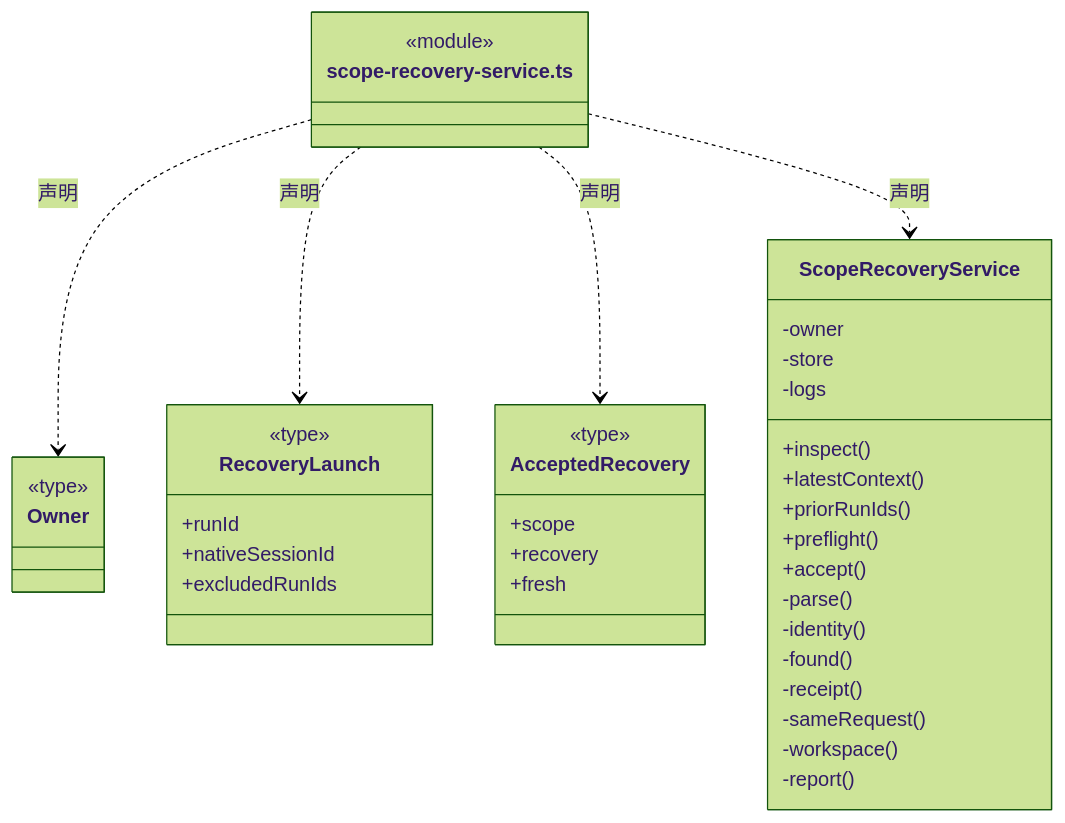
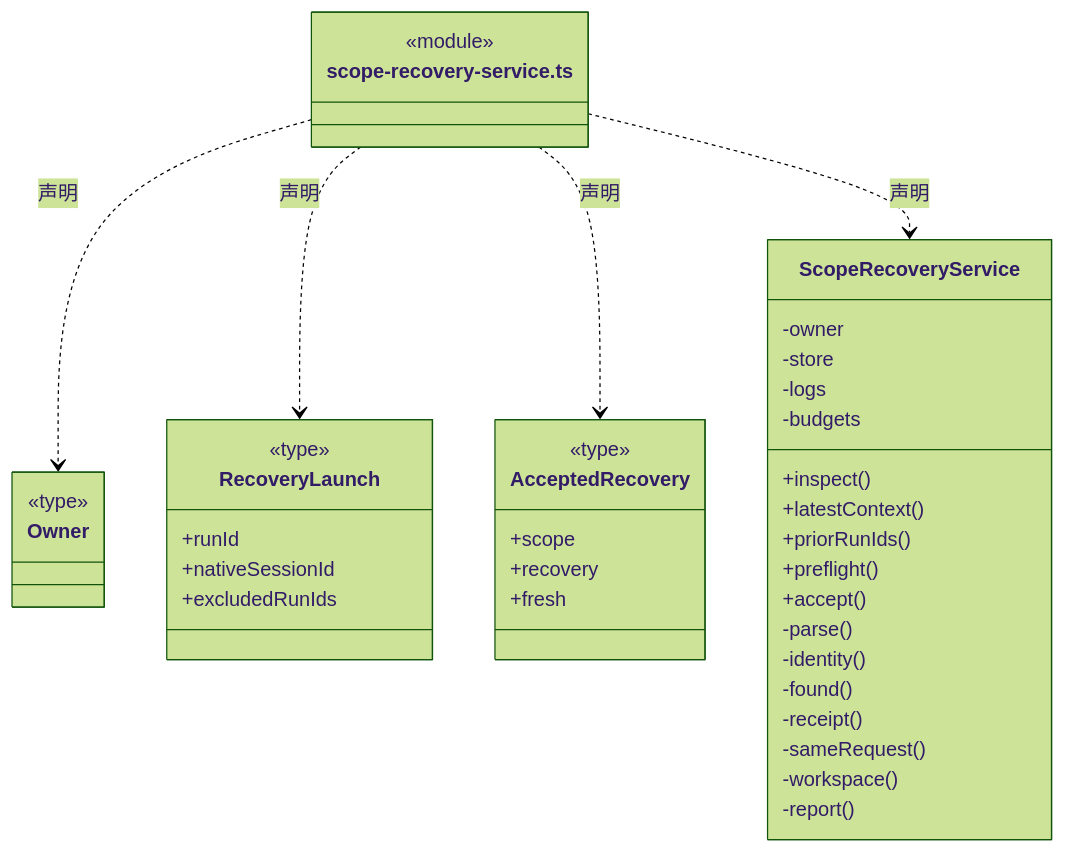
One commit to nan023062/cbim changed diagram 33 of 48 in src/backend/scheduler-engine/execution/ARCHITECTURE.md. Above: the diagram before and after it, drawn with Mermaid (forest theme). The commit also changed other lines of this file and 64 other files, not shown here.

````diff
--- a/src/backend/scheduler-engine/execution/ARCHITECTURE.md
+++ b/src/backend/scheduler-engine/execution/ARCHITECTURE.md
@@ -806,43 +864,44 @@
 ```mermaid
 classDiagram
 class N_src_backend_scheduler_engine_execution_scope_recovery_service_ts["scope-recovery-service.ts"] {
   <<module>>
 }
 class N_src_backend_scheduler_engine_execution_scope_recovery_service_ts_Owner["Owner"] {
   <<type>>
 
 }
 N_src_backend_scheduler_engine_execution_scope_recovery_service_ts ..> N_src_backend_scheduler_engine_execution_scope_recovery_service_ts_Owner : 声明
 class N_src_backend_scheduler_engine_execution_scope_recovery_service_ts_RecoveryLaunch["RecoveryLaunch"] {
   <<type>>
   +runId
   +nativeSessionId
   +excludedRunIds
 }
 N_src_backend_scheduler_engine_execution_scope_recovery_service_ts ..> N_src_backend_scheduler_engine_execution_scope_recovery_service_ts_RecoveryLaunch : 声明
 class N_src_backend_scheduler_engine_execution_scope_recovery_service_ts_AcceptedRecovery["AcceptedRecovery"] {
   <<type>>
   +scope
   +recovery
   +fresh
 }
 N_src_backend_scheduler_engine_execution_scope_recovery_service_ts ..> N_src_backend_scheduler_engine_execution_scope_recovery_service_ts_AcceptedRecovery : 声明
 class N_src_backend_scheduler_engine_execution_scope_recovery_service_ts_ScopeRecoveryService["ScopeRecoveryService"] {
   +inspect()
   +latestContext()
   +priorRunIds()
   +preflight()
   +accept()
   -owner
   -store
   -logs
+  -budgets
   -parse()
   -identity()
   -found()
   -receipt()
   -sameRequest()
   -workspace()
   -report()
 }
 N_src_backend_scheduler_engine_execution_scope_recovery_service_ts ..> N_src_backend_scheduler_engine_execution_scope_recovery_service_ts_ScopeRecoveryService : 声明
 ```
````
